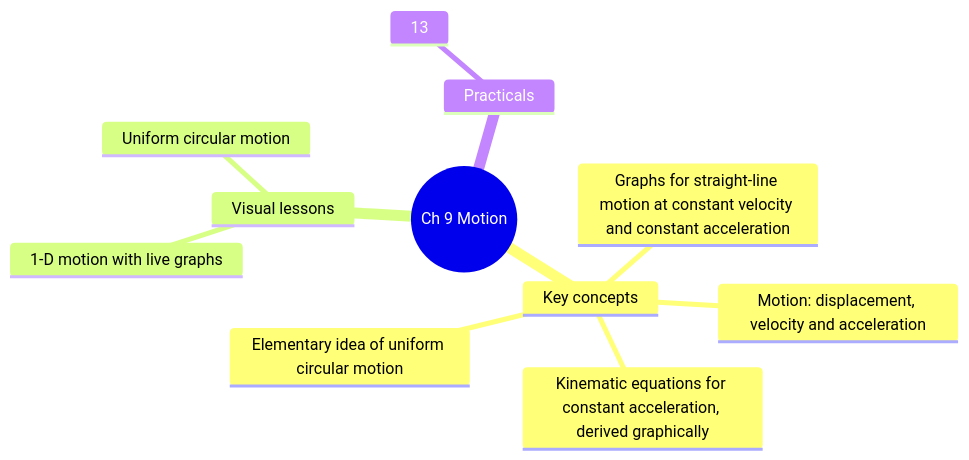
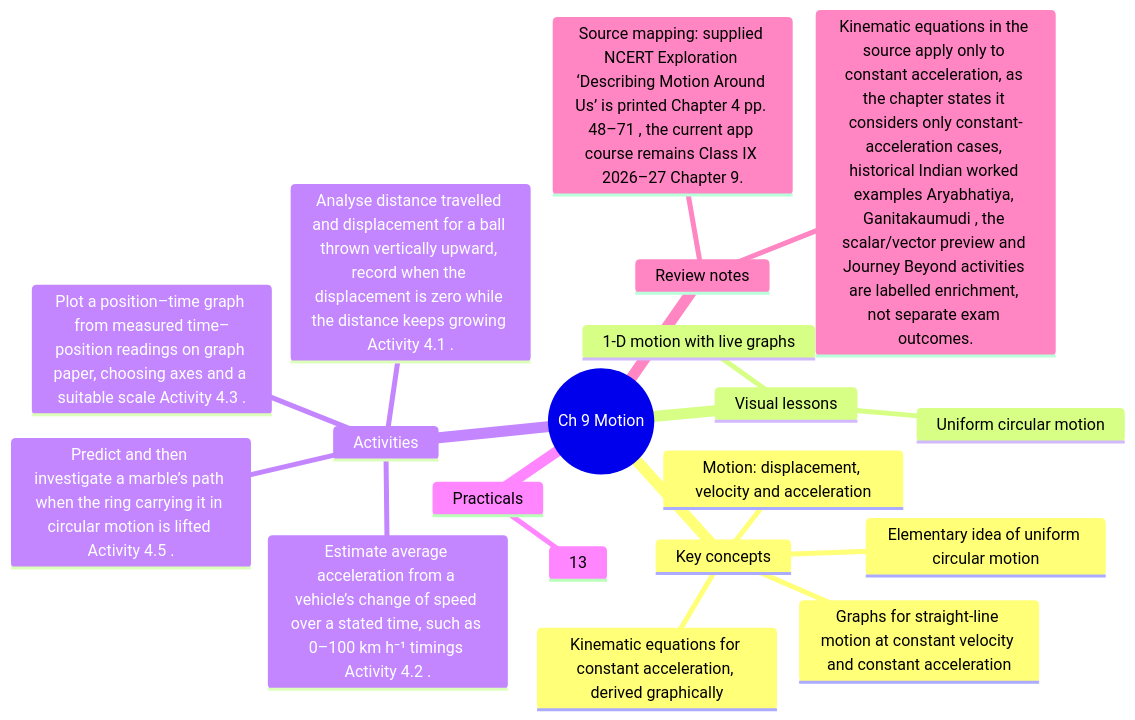
Before and after one commit to anveshix/ifinite-horizon: the ninth of 26 diagrams in docs/CHAPTER_MINDMAPS.md, drawn with Mermaid. The commit also changed other lines of this file and 18 other files, not shown here.

First line of the commit message:
Add source-grounded bilingual chapter companions for Motion, Mixtures and Force

````diff
--- a/docs/CHAPTER_MINDMAPS.md
+++ b/docs/CHAPTER_MINDMAPS.md
@@ -374,14 +382,22 @@
 ```mermaid
 mindmap
   root((Ch 9 Motion))
     Key concepts
       Motion: displacement, velocity and acceleration
       Graphs for straight-line motion at constant velocity and constant acceleration
       Kinematic equations for constant acceleration, derived graphically
       Elementary idea of uniform circular motion
     Visual lessons
       1-D motion with live graphs
       Uniform circular motion
+    Activities
+      Analyse distance travelled and displacement for a ball thrown vertically upward, record when the displacement is zero while the distance keeps growing Activity 4.1 .
+      Estimate average acceleration from a vehicle’s change of speed over a stated time, such as 0–100 km h⁻¹ timings Activity 4.2 .
+      Plot a position–time graph from measured time–position readings on graph paper, choosing axes and a suitable scale Activity 4.3 .
+      Predict and then investigate a marble’s path when the ring carrying it in circular motion is lifted Activity 4.5 .
     Practicals
       13
+    Review notes
+      Source mapping: supplied NCERT Exploration ‘Describing Motion Around Us’ is printed Chapter 4 pp. 48–71 , the current app course remains Class IX 2026–27 Chapter 9.
+      Kinematic equations in the source apply only to constant acceleration, as the chapter states it considers only constant-acceleration cases, historical Indian worked examples Aryabhatiya, Ganitakaumudi , the scalar/vector preview and Journey Beyond activities are labelled enrichment, not separate exam outcomes.
 ```
````
